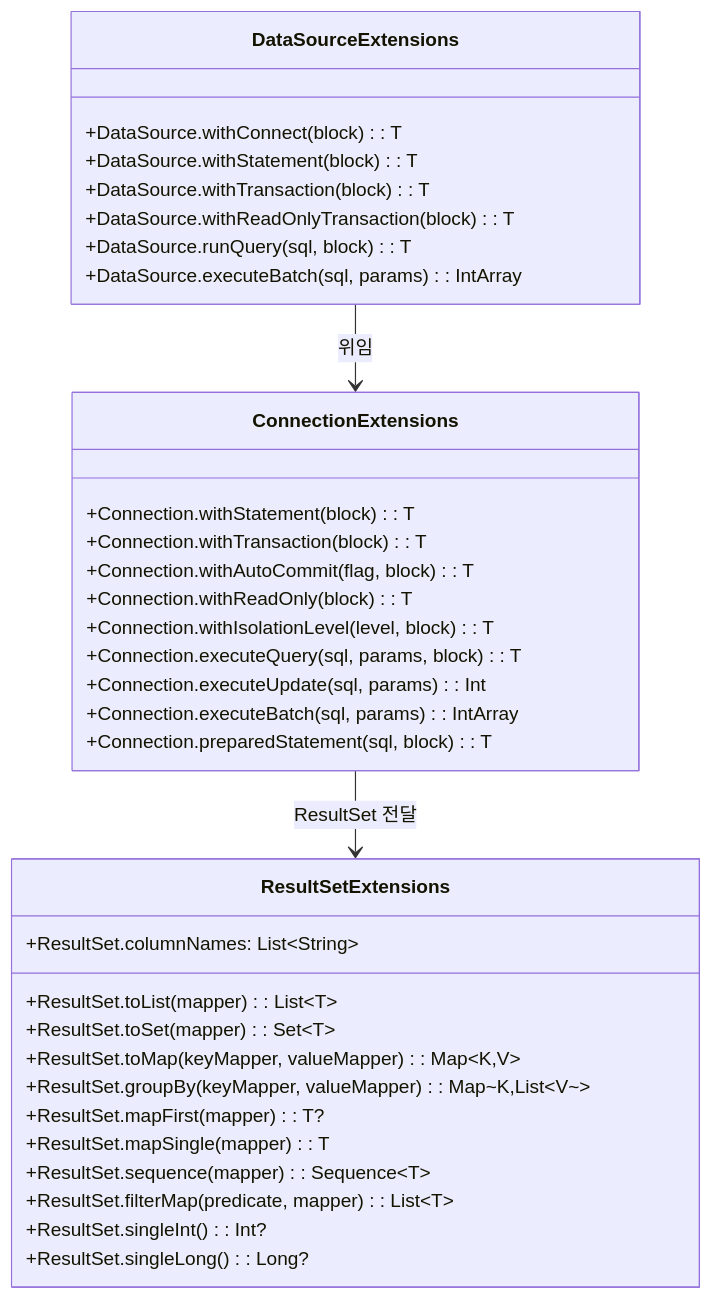
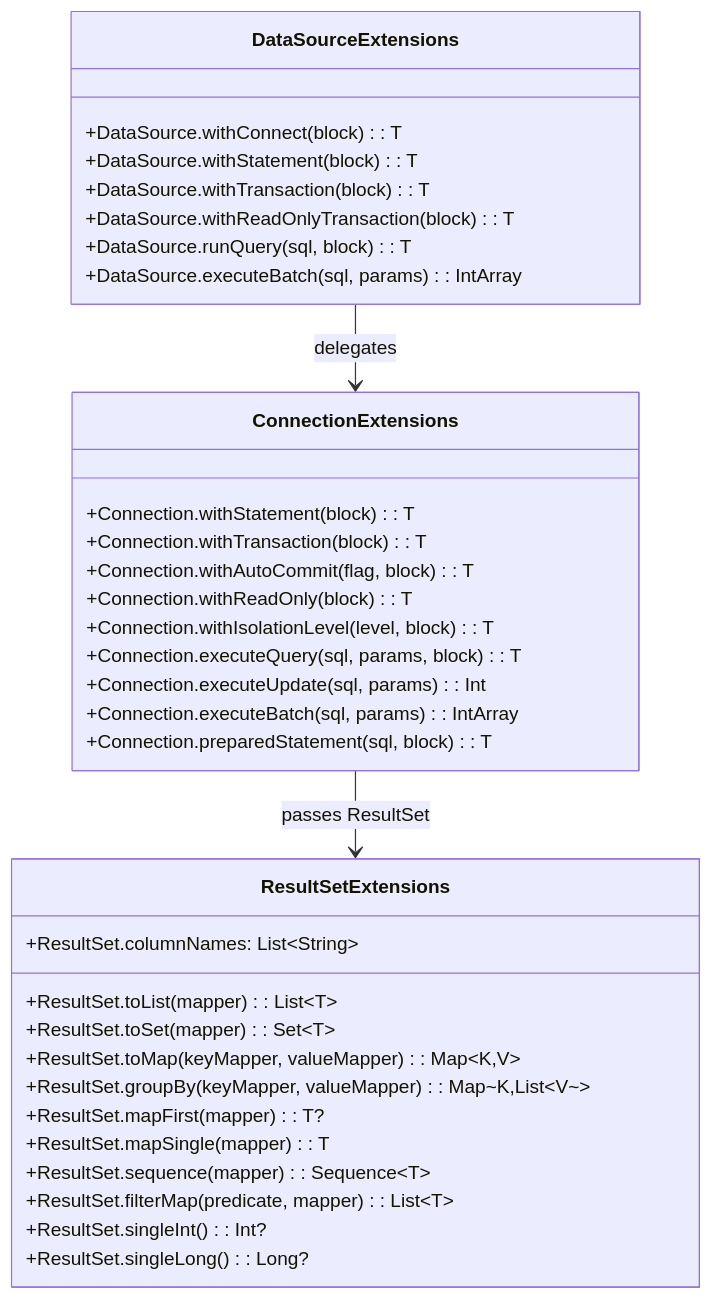
One commit to bluetape4k/bluetape4k-projects changed the second of 3 diagrams in data/jdbc/README.md. Above: the diagram before and after it, drawn with Mermaid. The commit also changed other lines of this file and 265 other files, not shown here.

````diff
--- a/data/jdbc/README.md
+++ b/data/jdbc/README.md
@@ -498,38 +499,38 @@
 ```mermaid
 classDiagram
     class DataSourceExtensions {
         +DataSource.withConnect(block): T
         +DataSource.withStatement(block): T
         +DataSource.withTransaction(block): T
         +DataSource.withReadOnlyTransaction(block): T
         +DataSource.runQuery(sql, block): T
         +DataSource.executeBatch(sql, params): IntArray
     }
     class ConnectionExtensions {
         +Connection.withStatement(block): T
         +Connection.withTransaction(block): T
         +Connection.withAutoCommit(flag, block): T
         +Connection.withReadOnly(block): T
         +Connection.withIsolationLevel(level, block): T
         +Connection.executeQuery(sql, params, block): T
         +Connection.executeUpdate(sql, params): Int
         +Connection.executeBatch(sql, params): IntArray
         +Connection.preparedStatement(sql, block): T
     }
     class ResultSetExtensions {
         +ResultSet.toList(mapper): List~T~
         +ResultSet.toSet(mapper): Set~T~
         +ResultSet.toMap(keyMapper, valueMapper): Map~K,V~
         +ResultSet.groupBy(keyMapper, valueMapper): Map~K,List~V~~
         +ResultSet.mapFirst(mapper): T?
         +ResultSet.mapSingle(mapper): T
         +ResultSet.sequence(mapper): Sequence~T~
         +ResultSet.filterMap(predicate, mapper): List~T~
         +ResultSet.singleInt(): Int?
         +ResultSet.singleLong(): Long?
         +ResultSet.columnNames: List~String~
     }
 
-    DataSourceExtensions --> ConnectionExtensions : 위임
-    ConnectionExtensions --> ResultSetExtensions : ResultSet 전달
+    DataSourceExtensions --> ConnectionExtensions : delegates
+    ConnectionExtensions --> ResultSetExtensions : passes ResultSet
 ```
````
